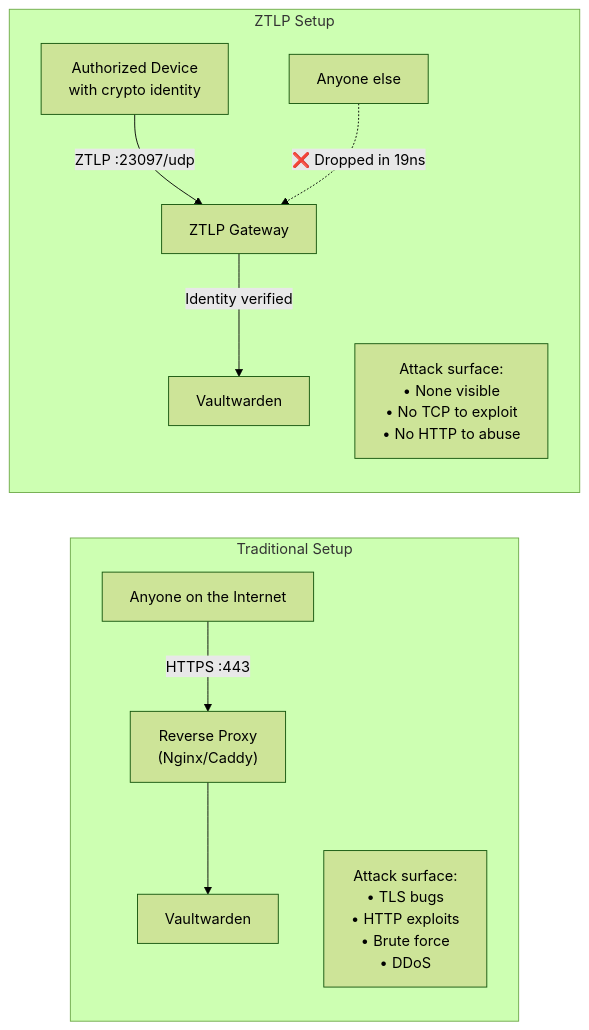
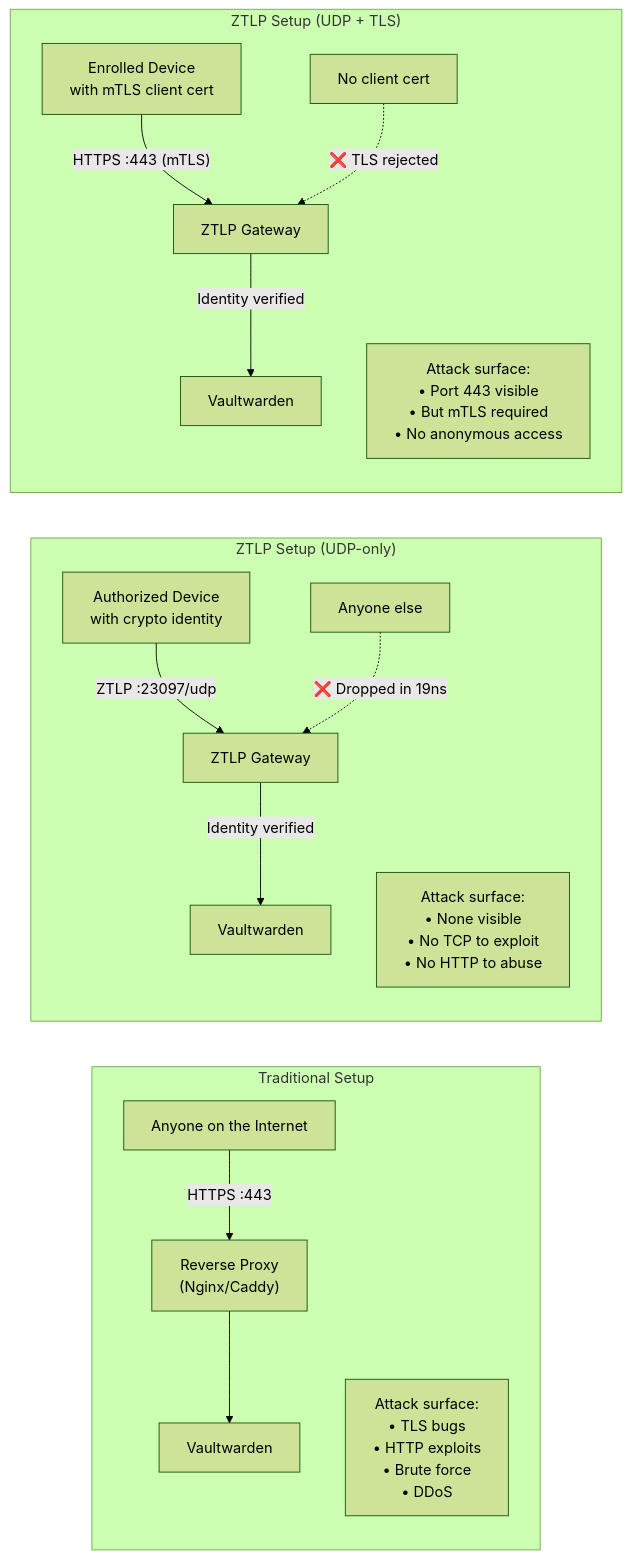
Before and after one commit to priceflex/ztlp: the fifth of 5 diagrams in examples/vaultwarden/README.md, drawn with Mermaid (forest theme). The commit also changed other lines of this file and 3 other files, not shown here.

Commit message:
docs: update Vaultwarden example with TLS termination browser access path

````diff
--- a/examples/vaultwarden/README.md
+++ b/examples/vaultwarden/README.md
@@ -357,15 +549,22 @@
 ```mermaid
 graph LR
     subgraph Traditional["Traditional Setup"]
         A["Anyone on the Internet"] -->|"HTTPS :443"| RP["Reverse Proxy<br/>(Nginx/Caddy)"]
         RP --> VW1["Vaultwarden"]
         Note1["Attack surface:<br/>• TLS bugs<br/>• HTTP exploits<br/>• Brute force<br/>• DDoS"]
     end
 
-    subgraph ZTLP_Setup["ZTLP Setup"]
+    subgraph ZTLP_Setup["ZTLP Setup (UDP-only)"]
         B["Authorized Device<br/>with crypto identity"] -->|"ZTLP :23097/udp"| GW2["ZTLP Gateway"]
         GW2 -->|"Identity verified"| VW2["Vaultwarden"]
         C["Anyone else"] -.->|"❌ Dropped in 19ns"| GW2
         Note2["Attack surface:<br/>• None visible<br/>• No TCP to exploit<br/>• No HTTP to abuse"]
     end
+
+    subgraph ZTLP_TLS["ZTLP Setup (UDP + TLS)"]
+        D["Enrolled Device<br/>with mTLS client cert"] -->|"HTTPS :443 (mTLS)"| GW3["ZTLP Gateway"]
+        GW3 -->|"Identity verified"| VW3["Vaultwarden"]
+        E["No client cert"] -.->|"❌ TLS rejected"| GW3
+        Note3["Attack surface:<br/>• Port 443 visible<br/>• But mTLS required<br/>• No anonymous access"]
+    end
 ```
````
